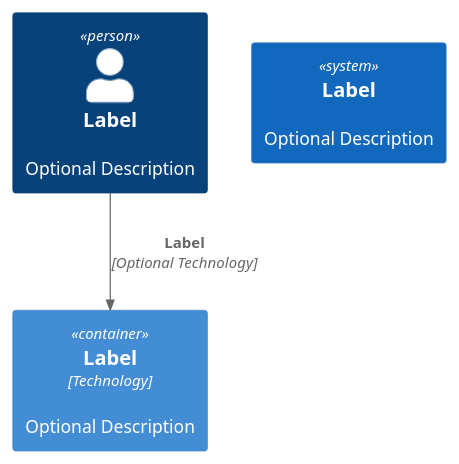
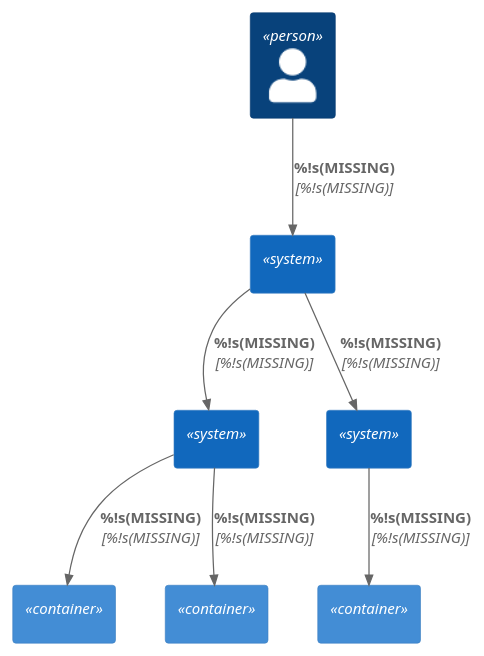
Before and after one commit to johnfercher/go-diagram: the diagram in c4.puml, drawn with PlantUML. The commit also changed 8 other files, not shown here.

```diff
--- a/c4.puml
+++ b/c4.puml
@@ -1,9 +1,19 @@
 @startuml C4_Elements
 !include https://raw.githubusercontent.com/plantuml-stdlib/C4-PlantUML/master/C4_Container.puml
 
-Person(personAlias, "Label", "Optional Description")
-Container(containerAlias, "Label", "Technology", "Optional Description")
-System(systemAlias, "Label", "Optional Description")
+Person(person, "", "")
+System(system1, "", "")
+System(system2, "", "")
+System(system3, "", "")
+Container(container1, "", "")
+Container(container2, "", "")
+Container(container3, "", "")
 
-Rel(personAlias, containerAlias, "Label", "Optional Technology")
+Rel(person, system1, "%!s(MISSING)", "%!s(MISSING)")
+Rel(system1, system2, "%!s(MISSING)", "%!s(MISSING)")
+Rel(system1, system3, "%!s(MISSING)", "%!s(MISSING)")
+Rel(system2, container1, "%!s(MISSING)", "%!s(MISSING)")
+Rel(system2, container2, "%!s(MISSING)", "%!s(MISSING)")
+Rel(system3, container3, "%!s(MISSING)", "%!s(MISSING)")
+
 @enduml
```
